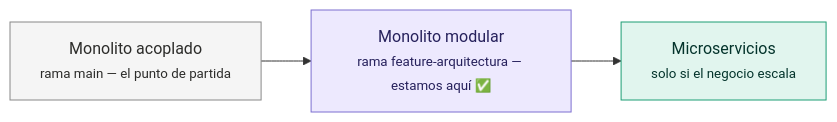
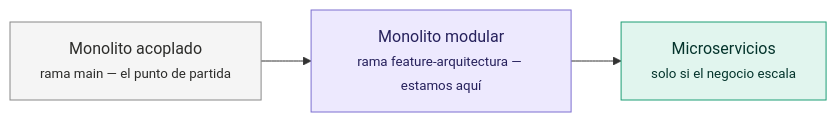
One commit to claudio4ndres/foodplease changed the second of 4 diagrams in README.md. Above: the diagram before and after it, drawn with Mermaid. The commit also changed other lines of this file, not shown here.

````diff
--- a/README.md
+++ b/README.md
@@ -81,11 +81,11 @@
 ```mermaid
 flowchart LR
     A["Monolito acoplado<br/><small>rama main — el punto de partida</small>"]
-    B["Monolito modular<br/><small>rama feature-arquitectura — estamos aquí ✅</small>"]
+    B["Monolito modular<br/><small>rama feature-arquitectura — estamos aquí</small>"]
     C["Microservicios<br/><small>solo si el negocio escala</small>"]
     A --> B --> C
 
     style A fill:#f5f5f5,stroke:#888888,color:#2c2c2a
     style B fill:#ede9fe,stroke:#7c6fd0,color:#26215c
     style C fill:#e1f5ee,stroke:#1d9e75,color:#04342c
 ```
````
